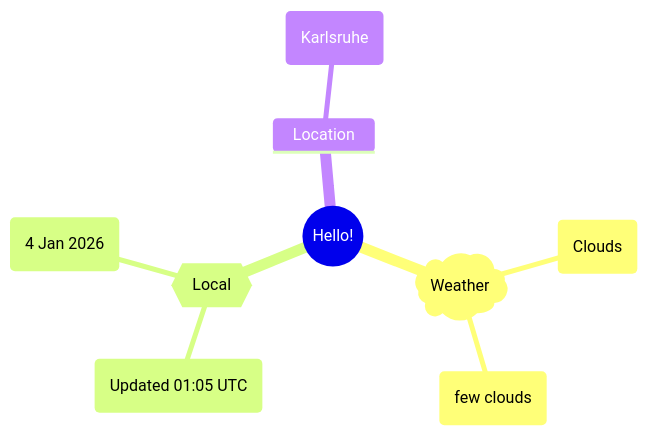
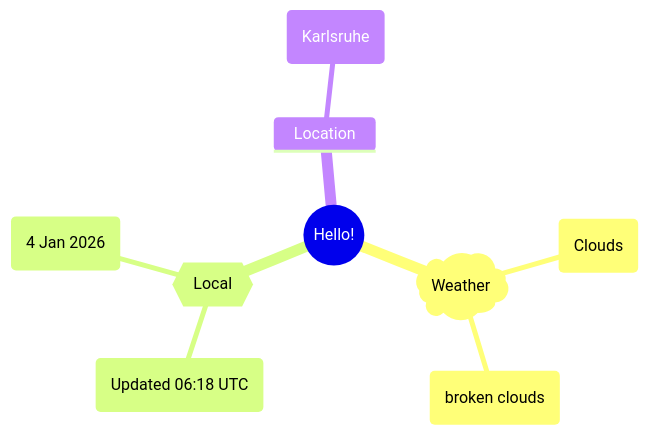
The first of 2 diagrams in README.md (Xosrov/Xosrov), drawn with Mermaid before and after one commit.

Commit message:
[bot] updated images

````diff
--- a/README.md
+++ b/README.md
@@ -3,12 +3,12 @@
 ```mermaid
 mindmap
   root((Hello!))
     )Weather(
         (Clouds)
-        (few clouds)
+        (broken clouds)
     {{Local}}
-        (Updated 01:05 UTC)
+        (Updated 06:18 UTC)
         (4 Jan 2026)
     Location
         (Karlsruhe)
 ```
````
